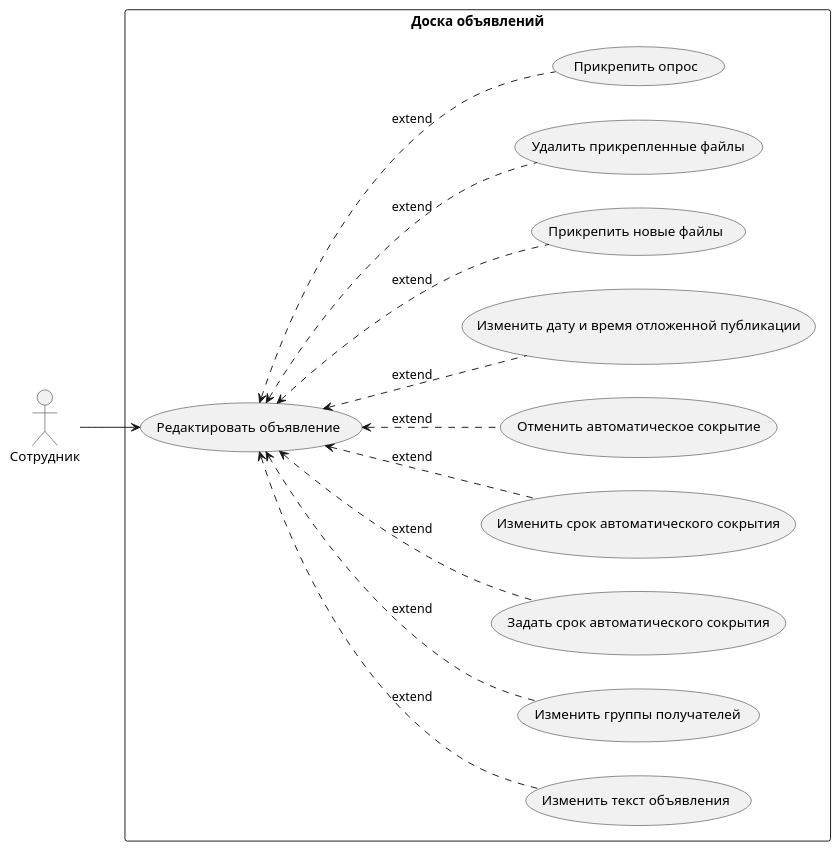
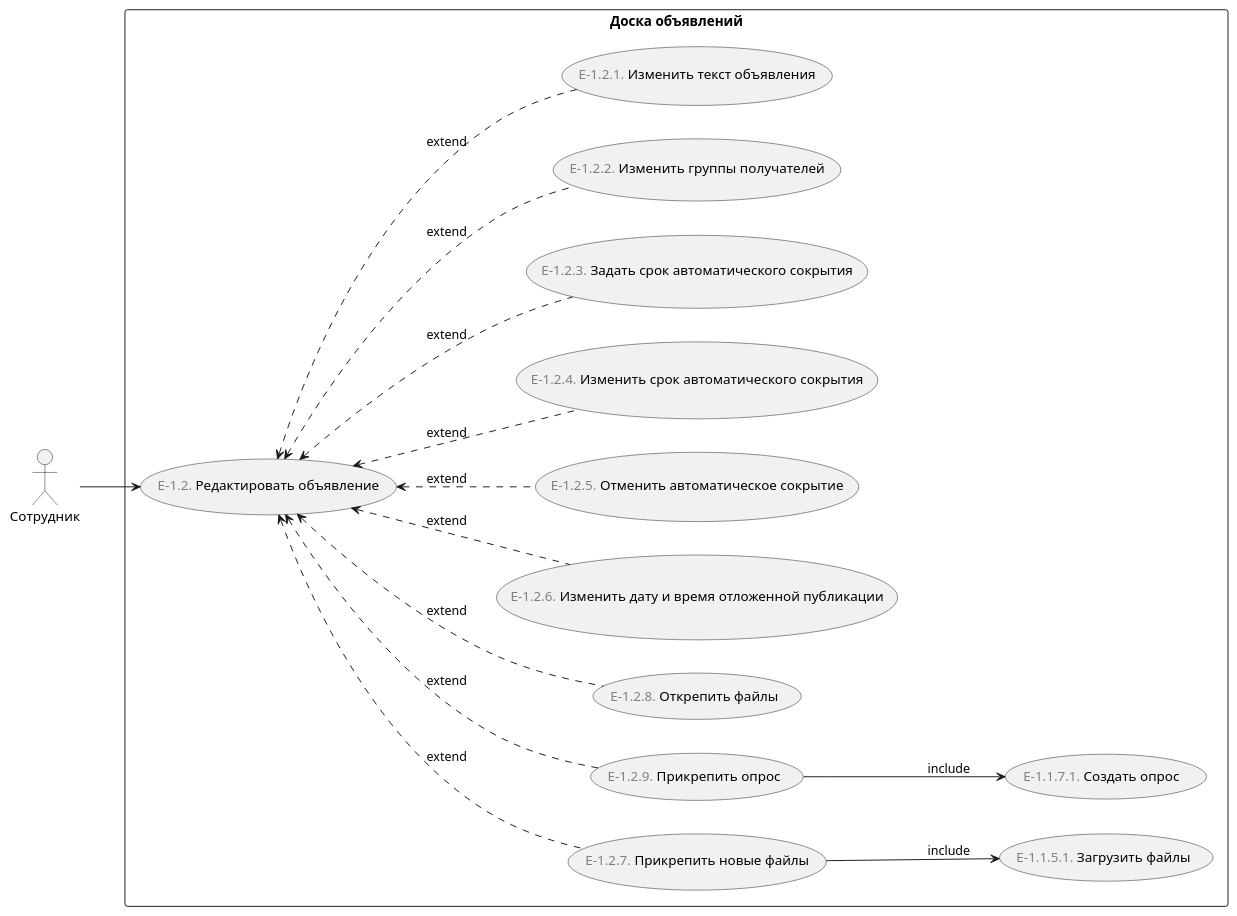
One commit to astu-app/ASTU-Bulletin-Board-Server changed the diagram in doc/Диаграммы/use case/edit announcement.puml. Above: the diagram before and after it, drawn with PlantUML. The commit also changed 10 other files, not shown here.

```diff
--- a/doc/Диаграммы/use case/edit announcement.puml
+++ b/doc/Диаграммы/use case/edit announcement.puml
@@ -1,24 +1,28 @@
 @startuml
 'https://plantuml.com/use-case-diagram
 
 left to right direction
 
 :Сотрудник: as employee
 
 rectangle "Доска объявлений" {
-    employee --> (Редактировать объявление)
+    (<font color="gray">E-1.2.</font> Редактировать объявление) as edit_announcement
+    (<font color="gray">E-1.2.7.</font> Прикрепить новые файлы) as add_new_files
+    (<font color="gray">E-1.2.9.</font> Прикрепить опрос) as add_survey
+
+    employee --> edit_announcement
      
-    (Редактировать объявление) <.. (Изменить текст объявления) : extend
-    (Редактировать объявление) <.. (Изменить группы получателей) : extend
-    (Редактировать объявление) <.. (Задать срок автоматического сокрытия) : extend
-    (Редактировать объявление) <.. (Изменить срок автоматического сокрытия) : extend
-    (Редактировать объявление) <.. (Отменить автоматическое сокрытие) : extend
-    (Редактировать объявление) <.. (Изменить дату и время отложенной публикации) : extend
-    (Редактировать объявление) <.. (Прикрепить новые файлы) : extend
-    (Редактировать объявление) <.. (Удалить прикрепленные файлы) : extend
-    (Редактировать объявление) <.. (Прикрепить опрос) : extend
+    edit_announcement <.. (<font color="gray">E-1.2.8.</font> Открепить файлы) : extend
+    edit_announcement <.. add_new_files : extend
+    edit_announcement <.. add_survey : extend
+    edit_announcement <.. (<font color="gray">E-1.2.6.</font> Изменить дату и время отложенной публикации) : extend
+    edit_announcement <.. (<font color="gray">E-1.2.5.</font> Отменить автоматическое сокрытие) : extend
+    edit_announcement <.. (<font color="gray">E-1.2.4.</font> Изменить срок автоматического сокрытия) : extend
+    edit_announcement <.. (<font color="gray">E-1.2.3.</font> Задать срок автоматического сокрытия) : extend
+    edit_announcement <.. (<font color="gray">E-1.2.2.</font> Изменить группы получателей) : extend
+    edit_announcement <.. (<font color="gray">E-1.2.1.</font> Изменить текст объявления) : extend
     
-'    note "Если он не был прикреплен ранее" as N1
-'    (Прикрепить опрос) .right. N1
+    add_new_files --> (<font color="gray">E-1.1.5.1.</font> Загрузить файлы) : include
+    add_survey --> (<font color="gray">E-1.1.7.1.</font> Создать опрос ) : include
 }
 @enduml
```
